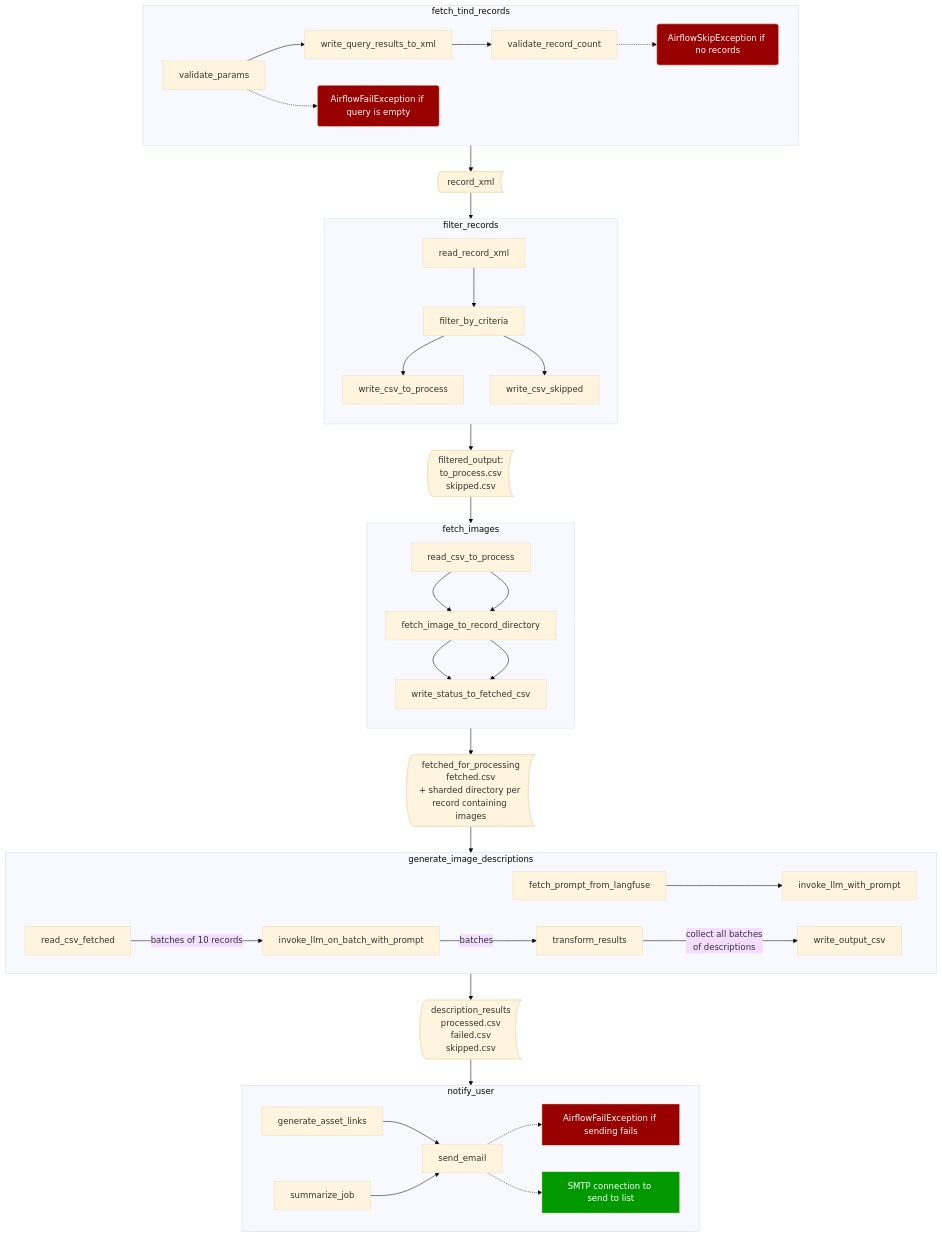
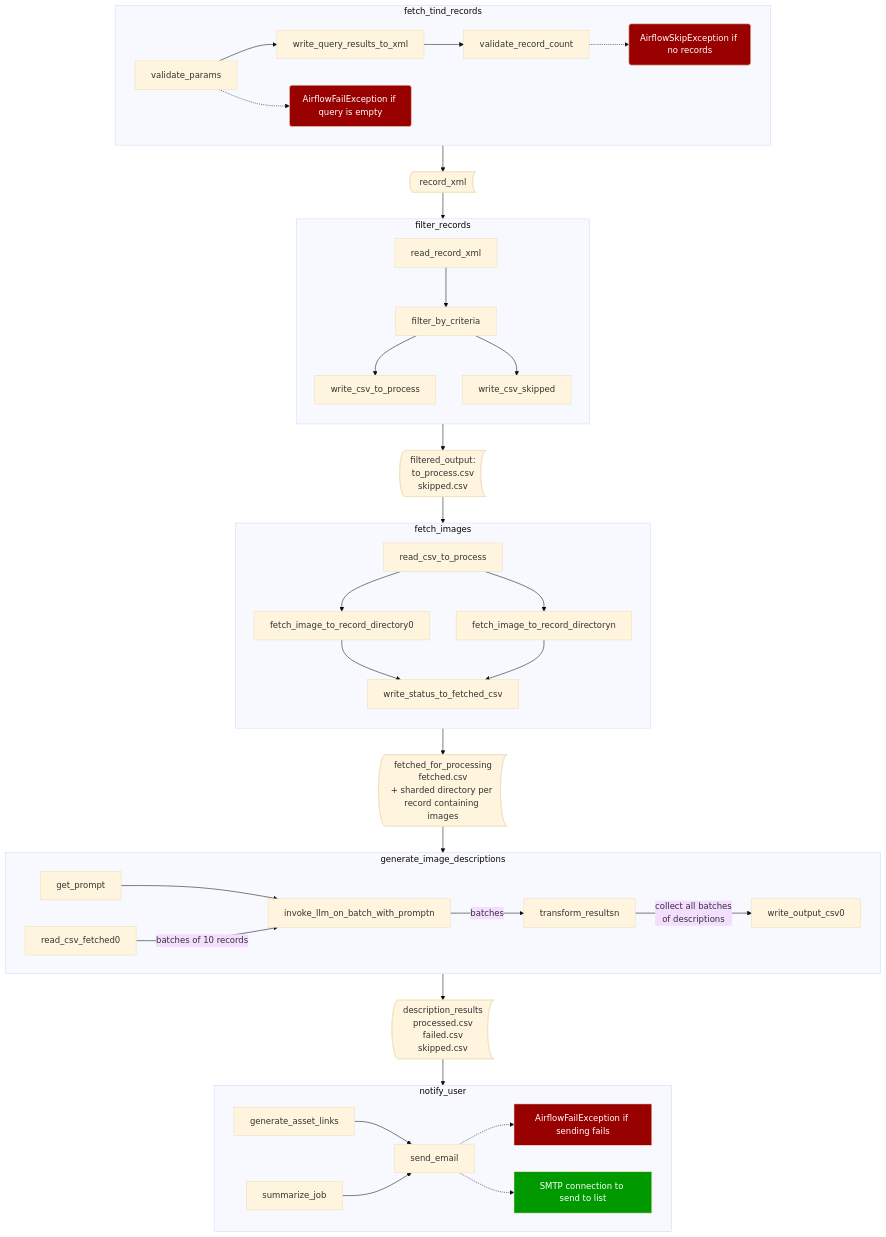
One commit to BerkeleyLibrary/mokelumne changed the diagram in dags/batch_image_description.md. Above: the diagram before and after it, drawn with Mermaid (base theme). The commit also changed 1 other file, not shown here.

Commit message:
code review fixes
 - Anna Wilcox <AWilcox@Wilcox-Tech.com>
 - maría a. matienzo <73732+anarchivist@users.noreply.github.com>

````diff
--- a/dags/batch_image_description.md
+++ b/dags/batch_image_description.md
@@ -3,40 +3,40 @@
 ```mermaid
 flowchart TB
 
     subgraph fetch_tind_records
         direction LR
         validate_params-->write_query_results_to_xml-->validate_record_count
         
         validate_params-.->stop0("AirflowFailException if query is empty")
         validate_record_count-.->stop1("AirflowSkipException if no records")
     end
 
 
     subgraph filter_records
         direction TB
         read_record_xml --> filter_by_criteria --> write_csv_to_process & write_csv_skipped
     end
 
 
     subgraph fetch_images
         direction TB
-        read_csv_to_process --> fetch_image_to_record_directory & fetch_image_to_record_directory --> write_status_to_fetched_csv
+        read_csv_to_process --> fetch_image_to_record_directory0 & fetch_image_to_record_directoryn --> write_status_to_fetched_csv
     end 
 
     subgraph generate_image_descriptions
-        fetch_prompt_from_langfuse --> invoke_llm_with_prompt
-        read_csv_fetched -->|batches of 10 records| invoke_llm_on_batch_with_prompt -->|batches| transform_results-->|collect all batches\n of descriptions| write_output_csv
+        get_prompt --> invoke_llm_on_batch_with_promptn
+        read_csv_fetched0 -->|batches of 10 records| invoke_llm_on_batch_with_promptn -->|batches| transform_resultsn-->|collect all batches\n of descriptions| write_output_csv0
     end
 
     subgraph notify_user
         generate_asset_links & summarize_job --> send_email -.-> stop2["AirflowFailException if sending fails"] & success0["SMTP connection to send to list"]
     end
 
 
     fetch_tind_records --> record_xml@{shape: bow-rect} --> filter_records --> filtered_output@{shape: bow-rect, label: "filtered_output:\n\nto_process.csv\nskipped.csv"} -->fetch_images --> fetched_for_processing@{shape: bow-rect, label: "fetched_for_processing\n\nfetched.csv\n+ sharded directory per record containing images"}-->generate_image_descriptions -->description_results@{shape: bow-rect, label: "description_results\n\nprocessed.csv\nfailed.csv\nskipped.csv"} -->notify_user
 
     classDef stop fill: #900,color:#fff
     classDef success fill: #090,color:#fff
     class stop0,stop1,stop2 stop;
     class success0 success;
 ```
````
